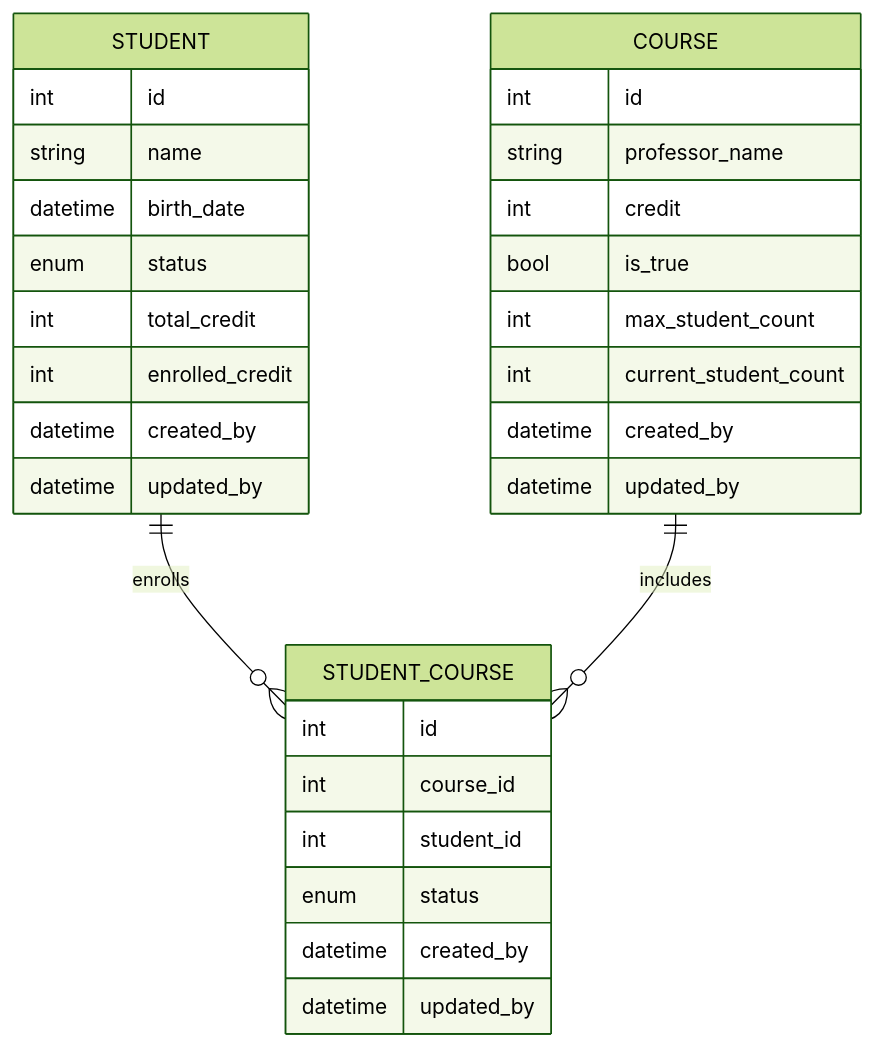
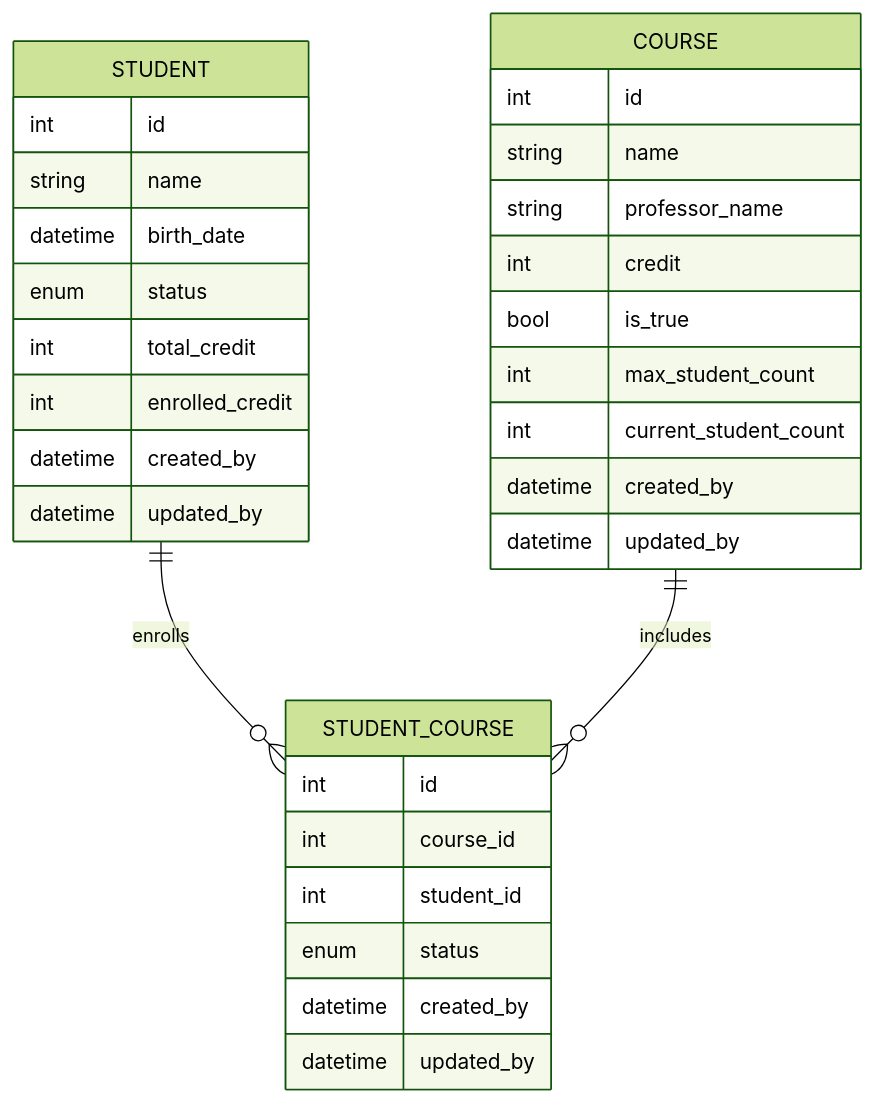
Before and after one commit to 42organization/42gg-onboarding-fe-04: the fourth of 4 diagrams in jeongwpa/3일차.md, drawn with Mermaid (forest theme). The commit also changed other lines of this file and 14 other files, not shown here.

````diff
--- a/jeongwpa/3일차.md
+++ b/jeongwpa/3일차.md
@@ -364,36 +364,37 @@
 ```mermaid
 erDiagram
     STUDENT ||--o{ STUDENT_COURSE : enrolls
     COURSE ||--o{ STUDENT_COURSE : includes
 
     STUDENT {
         int id
         string name
         datetime birth_date
         enum status
         int total_credit
         int enrolled_credit
         datetime created_by
         datetime updated_by
     }
 
     COURSE {
         int id
+        string name
         string professor_name
         int credit
         bool is_true
         int max_student_count
         int current_student_count
         datetime created_by
         datetime updated_by
     }
 
     STUDENT_COURSE {
         int id
         int course_id
         int student_id
         enum status
         datetime created_by
         datetime updated_by
     }
 ```
````
